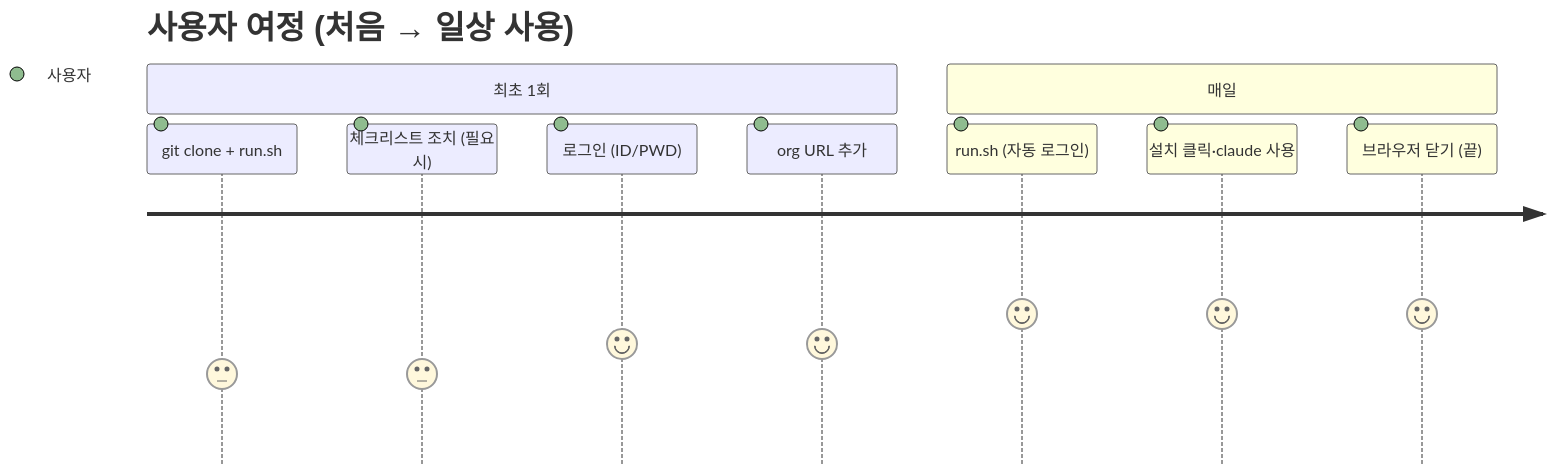
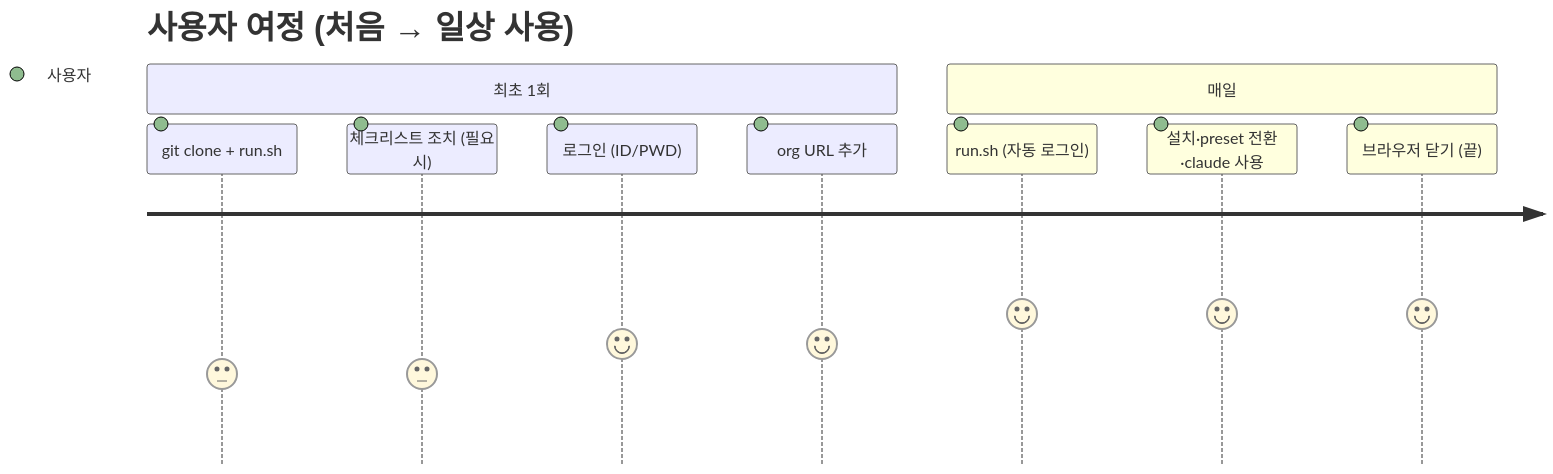
Before and after one commit to ageokim/plugin_cafe: the tenth of 10 diagrams in docs/Scenario.md, drawn with Mermaid. The commit also changed other lines of this file and 3 other files, not shown here.

````diff
--- a/docs/Scenario.md
+++ b/docs/Scenario.md
@@ -266,13 +312,13 @@
 ```mermaid
 journey
     title 사용자 여정 (처음 → 일상 사용)
     section 최초 1회
       git clone + run.sh: 3: 사용자
       체크리스트 조치 (필요시): 3: 사용자
       로그인 (ID/PWD): 4: 사용자
       org URL 추가: 4: 사용자
     section 매일
       run.sh (자동 로그인): 5: 사용자
-      설치 클릭·claude 사용: 5: 사용자
+      설치·preset 전환·claude 사용: 5: 사용자
       브라우저 닫기 (끝): 5: 사용자
 ```
````
